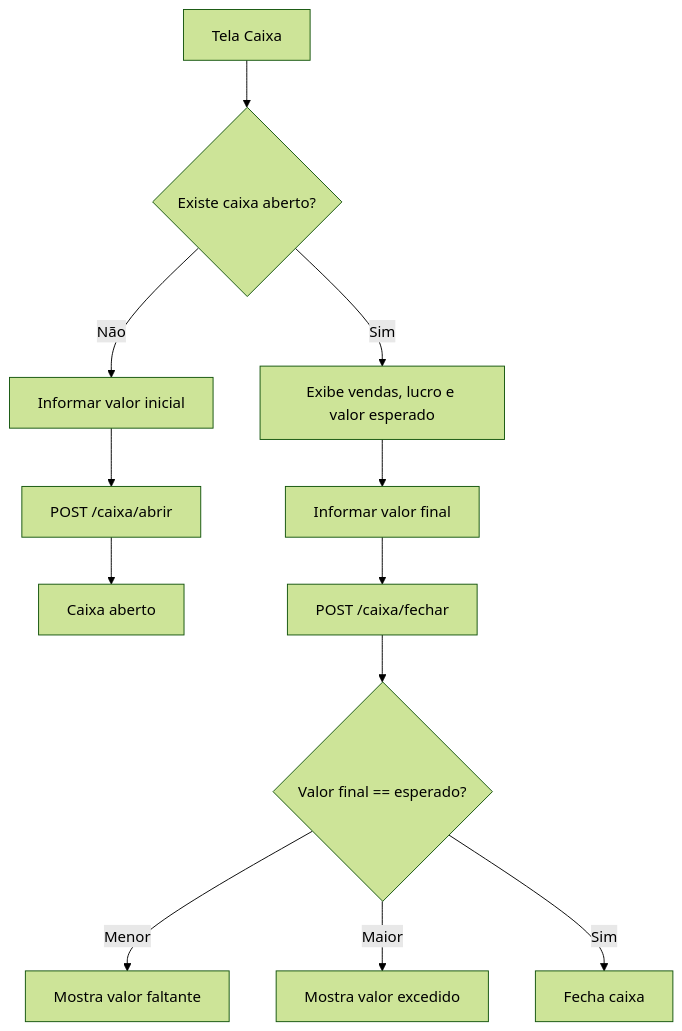
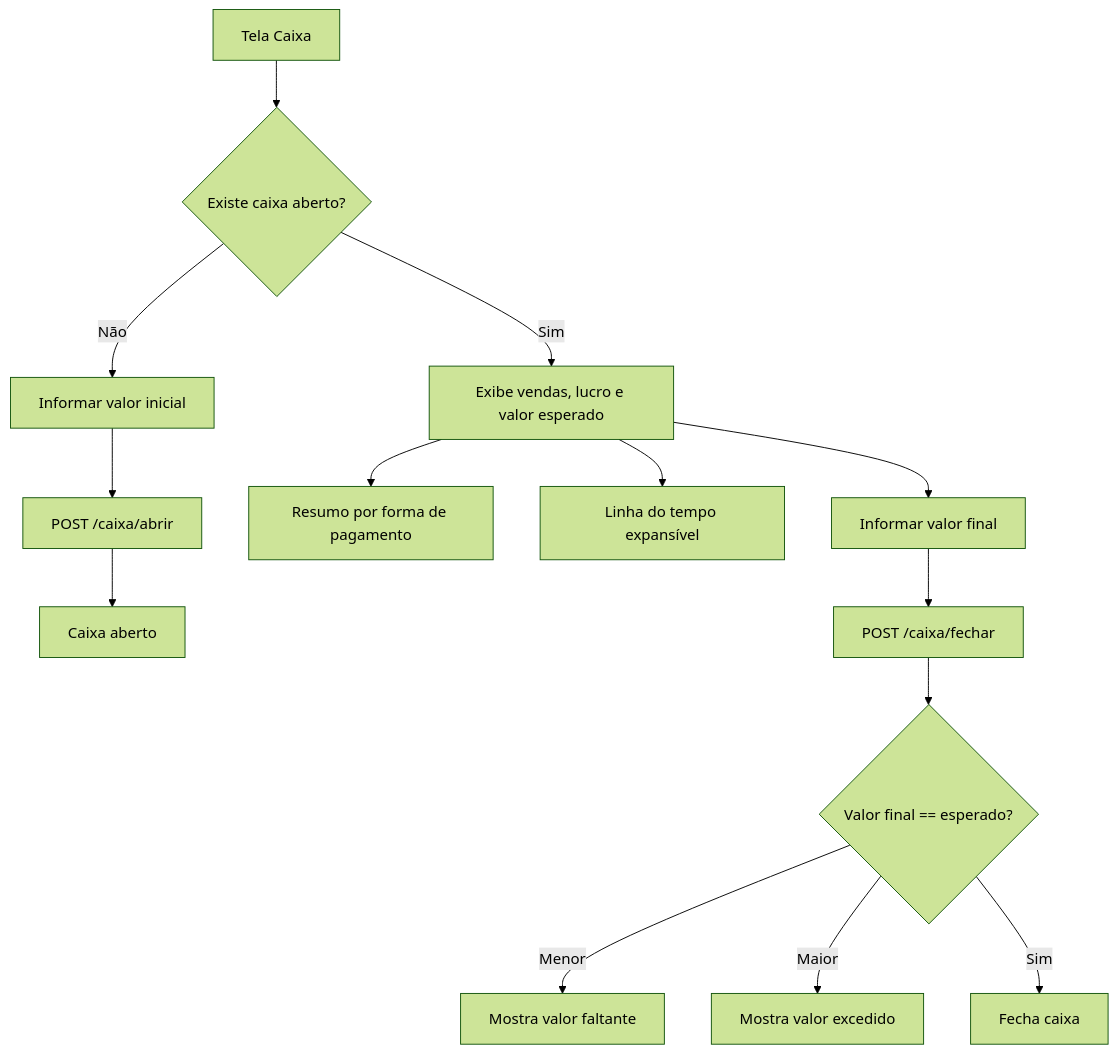
The fourth of 11 diagrams in docs/06-fluxo-sistema.md (RafaelBG7/pdv2026), drawn with Mermaid (forest theme) before and after one commit. The commit also changed other lines of this file and 64 other files, not shown here.

````diff
--- a/docs/06-fluxo-sistema.md
+++ b/docs/06-fluxo-sistema.md
@@ -67,14 +71,16 @@
 ```mermaid
 flowchart TD
     A["Tela Caixa"] --> B{"Existe caixa aberto?"}
     B -- "Não" --> C["Informar valor inicial"]
     C --> D["POST /caixa/abrir"]
     D --> E["Caixa aberto"]
     B -- "Sim" --> F["Exibe vendas, lucro e valor esperado"]
+    F --> T["Resumo por forma de pagamento"]
+    F --> U["Linha do tempo expansível"]
     F --> G["Informar valor final"]
     G --> H["POST /caixa/fechar"]
     H --> I{"Valor final == esperado?"}
     I -- "Menor" --> J["Mostra valor faltante"]
     I -- "Maior" --> K["Mostra valor excedido"]
     I -- "Sim" --> L["Fecha caixa"]
 ```
````
